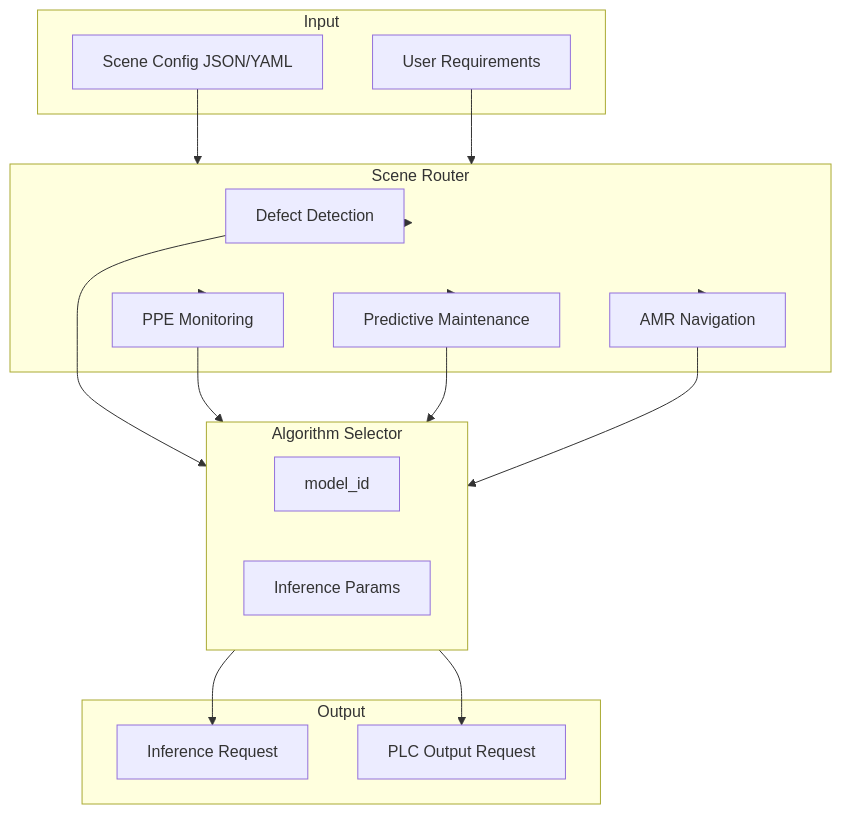
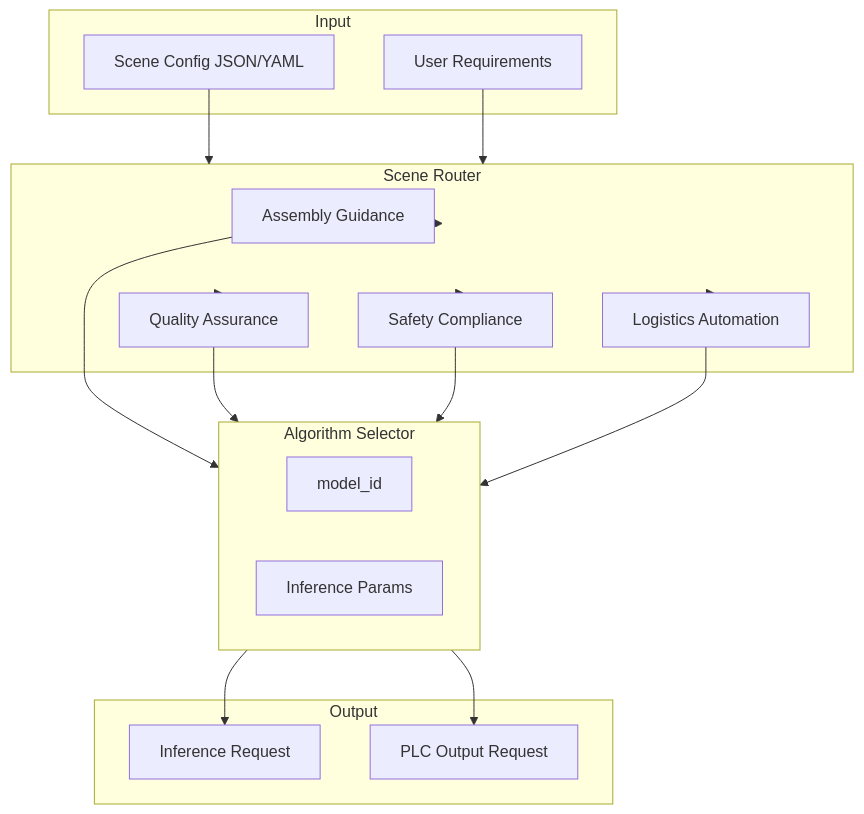
Before and after one commit to JeffRen1977/smartCamera: the first of 2 diagrams in docs/architecture/01_business_layer.md, drawn with Mermaid. The commit also changed other lines of this file and 12 other files, not shown here.

````diff
--- a/docs/architecture/01_business_layer.md
+++ b/docs/architecture/01_business_layer.md
@@ -19,37 +19,37 @@
 ```mermaid
 flowchart TB
     subgraph Input [Input]
         Config[Scene Config JSON/YAML]
         UserReq[User Requirements]
     end
 
     subgraph SceneRouter [Scene Router]
-        Defect[Defect Detection]
-        PPE[PPE Monitoring]
-        Predict[Predictive Maintenance]
-        AMR[AMR Navigation]
+        Assembly[Assembly Guidance]
+        Quality[Quality Assurance]
+        Safety[Safety Compliance]
+        Logistics[Logistics Automation]
     end
 
     subgraph AlgoSelector [Algorithm Selector]
         ModelID[model_id]
         Params[Inference Params]
     end
 
     subgraph Output [Output]
         InferReq[Inference Request]
         PLCReq[PLC Output Request]
     end
 
     Config --> SceneRouter
     UserReq --> SceneRouter
-    SceneRouter --> Defect
-    SceneRouter --> PPE
-    SceneRouter --> Predict
-    SceneRouter --> AMR
-    Defect --> AlgoSelector
-    PPE --> AlgoSelector
-    Predict --> AlgoSelector
-    AMR --> AlgoSelector
+    SceneRouter --> Assembly[Assembly Guidance]
+    SceneRouter --> Quality[Quality Assurance]
+    SceneRouter --> Safety[Safety Compliance]
+    SceneRouter --> Logistics[Logistics Automation]
+    Assembly --> AlgoSelector
+    Quality --> AlgoSelector
+    Safety --> AlgoSelector
+    Logistics --> AlgoSelector
     AlgoSelector --> InferReq
     AlgoSelector --> PLCReq
 ```
````
